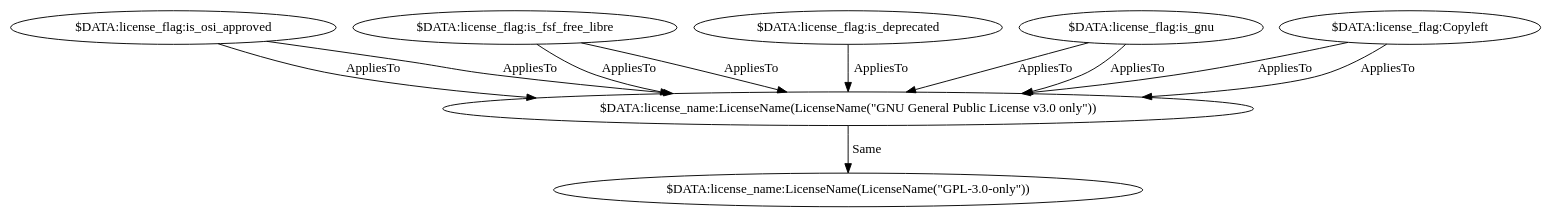
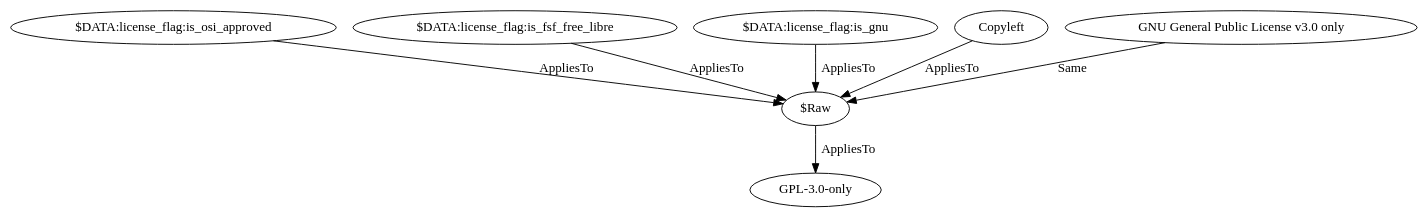
The diagram in test_output/source_spdx/GPL-3.0-only.dot (maxhbr/LDBcollector), drawn with Graphviz before and after one commit. The commit also changed 55 other files, not shown here.

```diff
--- a/test_output/source_spdx/GPL-3.0-only.dot
+++ b/test_output/source_spdx/GPL-3.0-only.dot
@@ -1,19 +1,15 @@
 digraph {
-    2 [ label = "$DATA:license_flag:is_osi_approved" ]
-    9 [ label = "$DATA:license_flag:is_fsf_free_libre" ]
-    20 [ label = "$DATA:license_flag:is_deprecated" ]
-    21 [ label = "$DATA:license_flag:is_gnu" ]
-    22 [ label = "$DATA:license_flag:Copyleft" ]
-    458 [ label = "$DATA:license_name:LicenseName(LicenseName(\"GNU General Public License v3.0 only\"))" ]
-    461 [ label = "$DATA:license_name:LicenseName(LicenseName(\"GPL-3.0-only\"))" ]
-    20 -> 458 [ label = "AppliesTo" ]
-    9 -> 458 [ label = "AppliesTo" ]
-    21 -> 458 [ label = "AppliesTo" ]
-    2 -> 458 [ label = "AppliesTo" ]
-    22 -> 458 [ label = "AppliesTo" ]
-    458 -> 461 [ label = "Same" ]
-    9 -> 458 [ label = "AppliesTo" ]
-    21 -> 458 [ label = "AppliesTo" ]
-    2 -> 458 [ label = "AppliesTo" ]
-    22 -> 458 [ label = "AppliesTo" ]
+    3 [ label = "$DATA:license_flag:is_osi_approved" ]
+    13 [ label = "$DATA:license_flag:is_fsf_free_libre" ]
+    30 [ label = "$DATA:license_flag:is_gnu" ]
+    31 [ label = "Copyleft" ]
+    690 [ label = "GNU General Public License v3.0 only" ]
+    694 [ label = "GPL-3.0-only" ]
+    695 [ label = "$Raw" ]
+    695 -> 694 [ label = "AppliesTo" ]
+    690 -> 695 [ label = "Same" ]
+    13 -> 695 [ label = "AppliesTo" ]
+    30 -> 695 [ label = "AppliesTo" ]
+    3 -> 695 [ label = "AppliesTo" ]
+    31 -> 695 [ label = "AppliesTo" ]
 }
```
